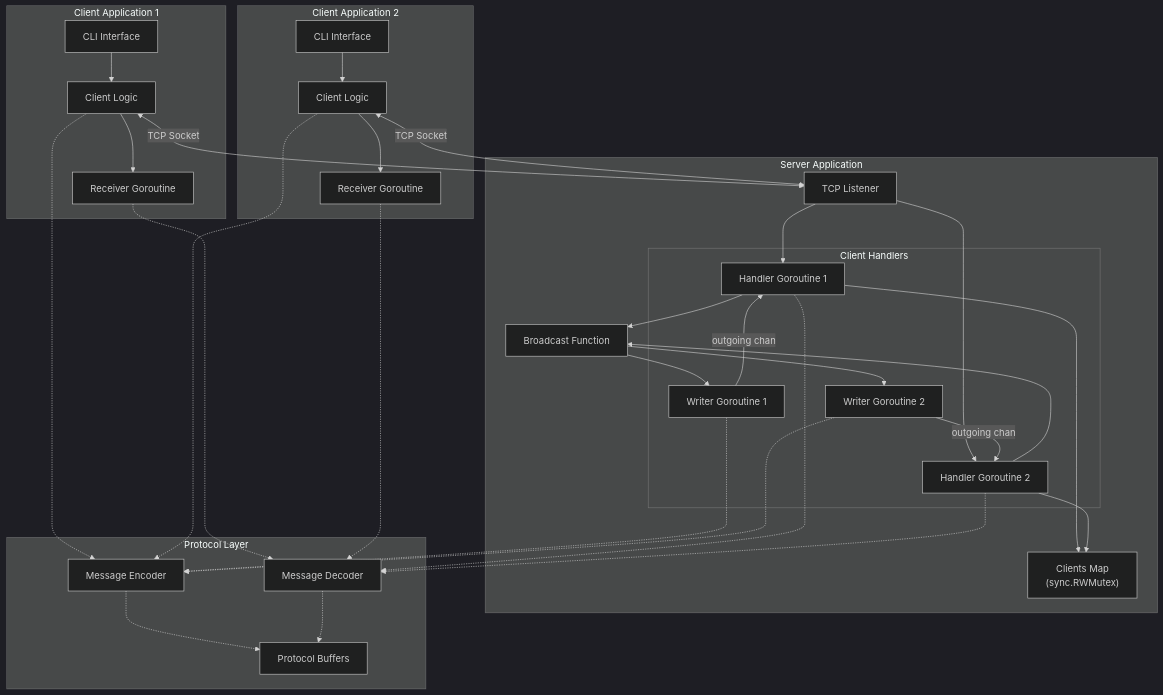
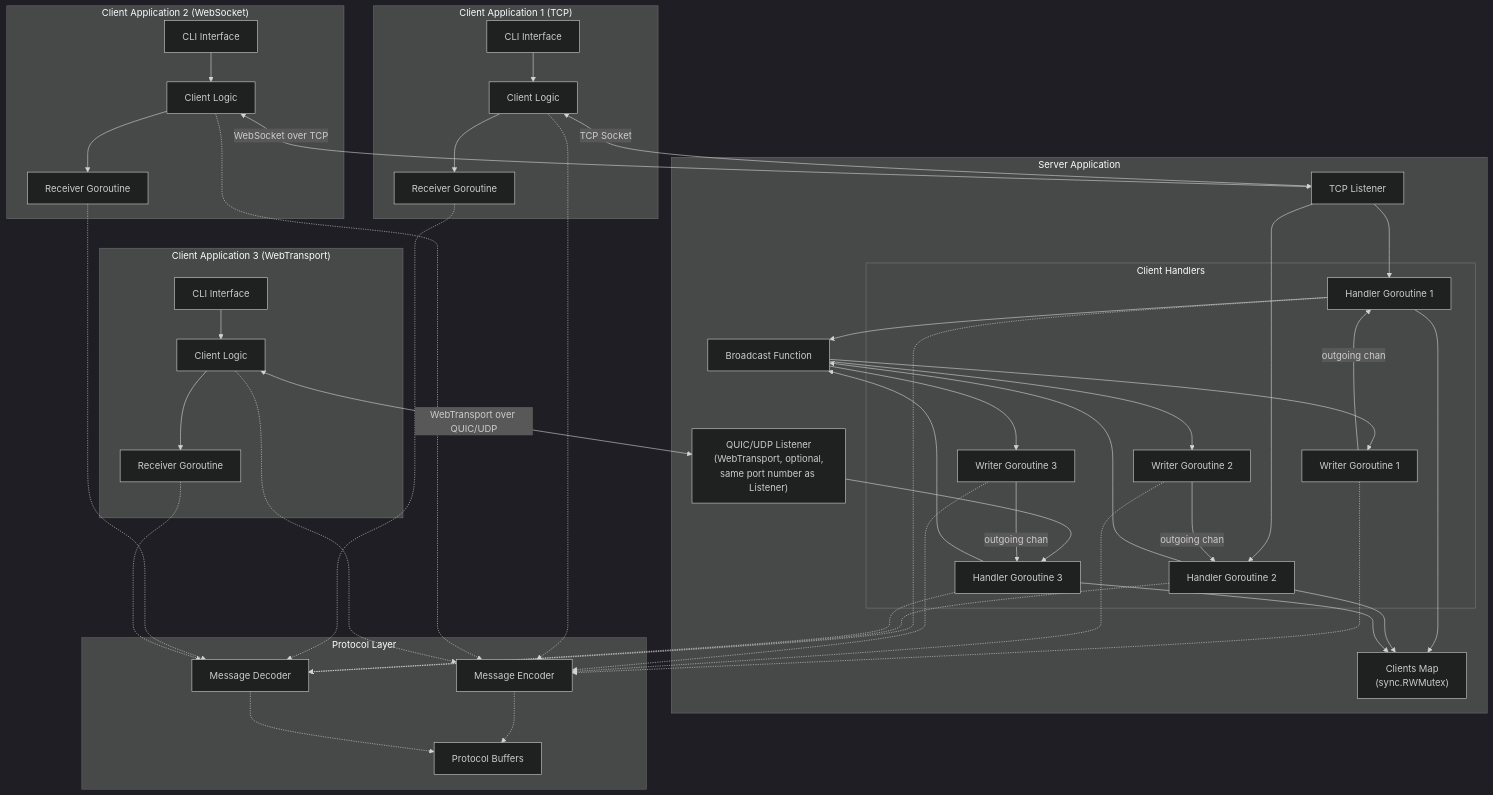
One commit to Omochice/toy-socket-chat changed the first of 5 diagrams in doc/architecture.md. Above: the diagram before and after it, drawn with Mermaid (dark theme). The commit also changed other lines of this file and 13 other files, not shown here.

First line of the commit message:
feat: support WebTransport as a chat transport (#114)

````diff
--- a/doc/architecture.md
+++ b/doc/architecture.md
@@ -15,24 +17,33 @@
 ```mermaid
 flowchart TB
-    subgraph ClientApp1["Client Application 1"]
+    subgraph ClientApp1["Client Application 1 (TCP)"]
         CLI1[CLI Interface]
         ClientLogic1[Client Logic]
         Receiver1[Receiver Goroutine]
     end
 
-    subgraph ClientApp2["Client Application 2"]
+    subgraph ClientApp2["Client Application 2 (WebSocket)"]
         CLI2[CLI Interface]
         ClientLogic2[Client Logic]
         Receiver2[Receiver Goroutine]
     end
 
+    subgraph ClientApp3["Client Application 3 (WebTransport)"]
+        CLI3[CLI Interface]
+        ClientLogic3[Client Logic]
+        Receiver3[Receiver Goroutine]
+    end
+
     subgraph ServerApp["Server Application"]
         Listener[TCP Listener]
+        QUICListener["QUIC/UDP Listener<br/>(WebTransport, optional,<br/>same port number as Listener)"]
         subgraph ClientHandlers["Client Handlers"]
             Handler1[Handler Goroutine 1]
             Handler2[Handler Goroutine 2]
+            Handler3[Handler Goroutine 3]
             Writer1[Writer Goroutine 1]
             Writer2[Writer Goroutine 2]
+            Writer3[Writer Goroutine 3]
         end
         ClientsMap["Clients Map<br/>(sync.RWMutex)"]
         Broadcaster[Broadcast Function]
@@ -46,30 +57,42 @@
 
     CLI1 --> ClientLogic1
     CLI2 --> ClientLogic2
+    CLI3 --> ClientLogic3
     ClientLogic1 <-->|TCP Socket| Listener
-    ClientLogic2 <-->|TCP Socket| Listener
+    ClientLogic2 <-->|WebSocket over TCP| Listener
+    ClientLogic3 <-->|WebTransport over QUIC/UDP| QUICListener
     ClientLogic1 --> Receiver1
     ClientLogic2 --> Receiver2
+    ClientLogic3 --> Receiver3
 
     Listener --> Handler1
     Listener --> Handler2
+    QUICListener --> Handler3
     Handler1 --> ClientsMap
     Handler2 --> ClientsMap
+    Handler3 --> ClientsMap
     Handler1 --> Broadcaster
     Handler2 --> Broadcaster
+    Handler3 --> Broadcaster
     Broadcaster --> Writer1
     Broadcaster --> Writer2
+    Broadcaster --> Writer3
     Writer1 -->|outgoing chan| Handler1
     Writer2 -->|outgoing chan| Handler2
+    Writer3 -->|outgoing chan| Handler3
 
     ClientLogic1 -.-> Encoder
     ClientLogic2 -.-> Encoder
+    ClientLogic3 -.-> Encoder
     Receiver1 -.-> Decoder
     Receiver2 -.-> Decoder
+    Receiver3 -.-> Decoder
     Handler1 -.-> Decoder
     Handler2 -.-> Decoder
+    Handler3 -.-> Decoder
     Writer1 -.-> Encoder
     Writer2 -.-> Encoder
+    Writer3 -.-> Encoder
 
     Encoder -.-> Protobuf
     Decoder -.-> Protobuf
````
